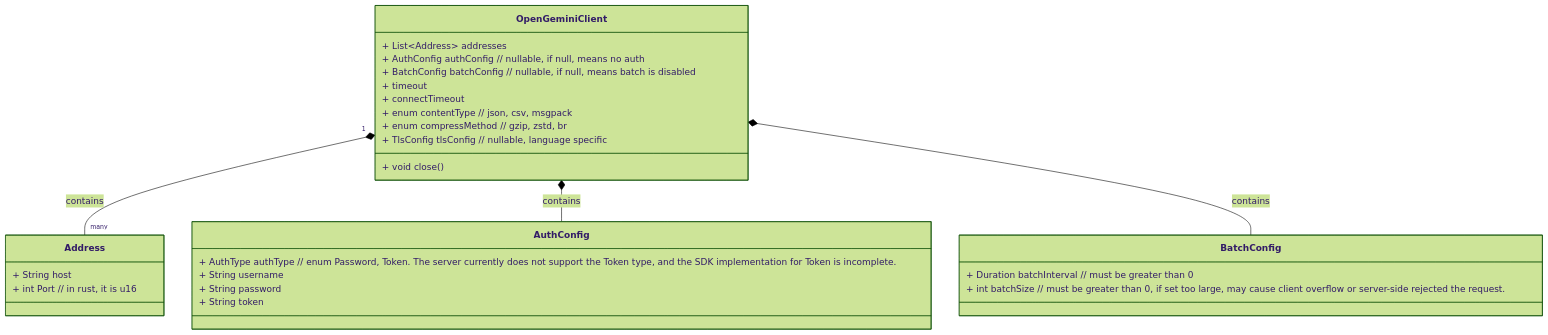
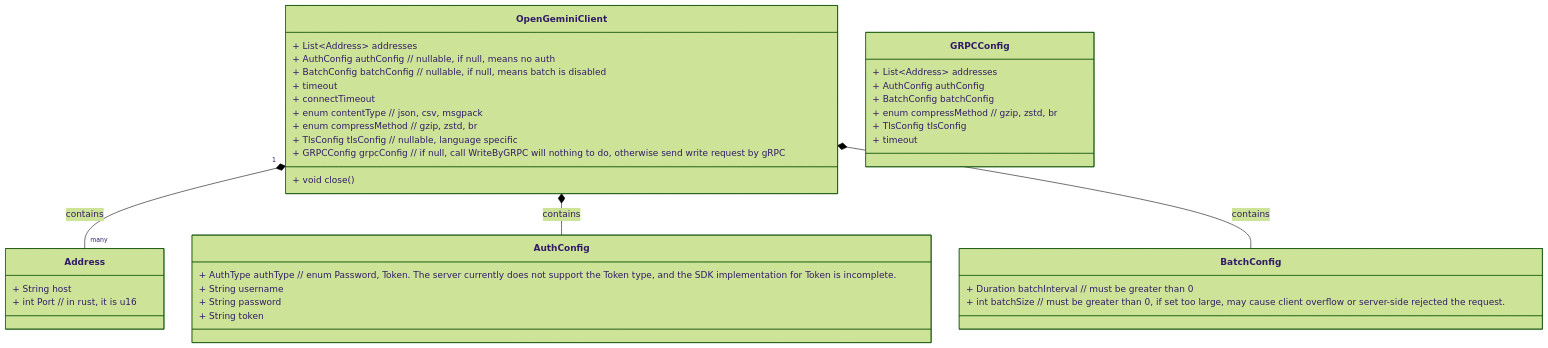
The first of 9 diagrams in src/guide/develop/client_design.md (openGemini/openGemini.github.io), drawn with Mermaid (forest theme) before and after one commit. The commit also changed other lines of this file and 1 other file, not shown here.

Commit message:
docs: design new write protocol api

````diff
--- a/src/guide/develop/client_design.md
+++ b/src/guide/develop/client_design.md
@@ -21,35 +21,45 @@
 ```mermaid
 classDiagram
     class OpenGeminiClient {
         + List~Address~ addresses
         + AuthConfig authConfig // nullable, if null, means no auth
         + BatchConfig batchConfig // nullable, if null, means batch is disabled
         + timeout
         + connectTimeout
         + enum contentType // json, csv, msgpack
         + enum compressMethod // gzip, zstd, br
         + TlsConfig tlsConfig // nullable, language specific
         + void close()
+        + GRPCConfig grpcConfig // if null, call WriteByGRPC will nothing to do, otherwise send write request by gRPC
     }
 
     class Address {
         + String host
         + int Port // in rust, it is u16
     }
 
     class AuthConfig {
         + AuthType authType // enum Password, Token. The server currently does not support the Token type, and the SDK implementation for Token is incomplete.
         + String username
         + String password
         + String token
     }
 
     class BatchConfig {
         + Duration batchInterval // must be greater than 0
         + int batchSize // must be greater than 0, if set too large, may cause client overflow or server-side rejected the request.
     }
+    
+    class GRPCConfig {
+        + List~Address~ addresses
+        + AuthConfig authConfig
+        + BatchConfig batchConfig
+        + enum compressMethod // gzip, zstd, br
+        + TlsConfig tlsConfig
+        + timeout
+    }
 
     OpenGeminiClient "1" *-- "many" Address: contains
     OpenGeminiClient *-- AuthConfig: contains
     OpenGeminiClient *-- BatchConfig: contains
 ```
````
